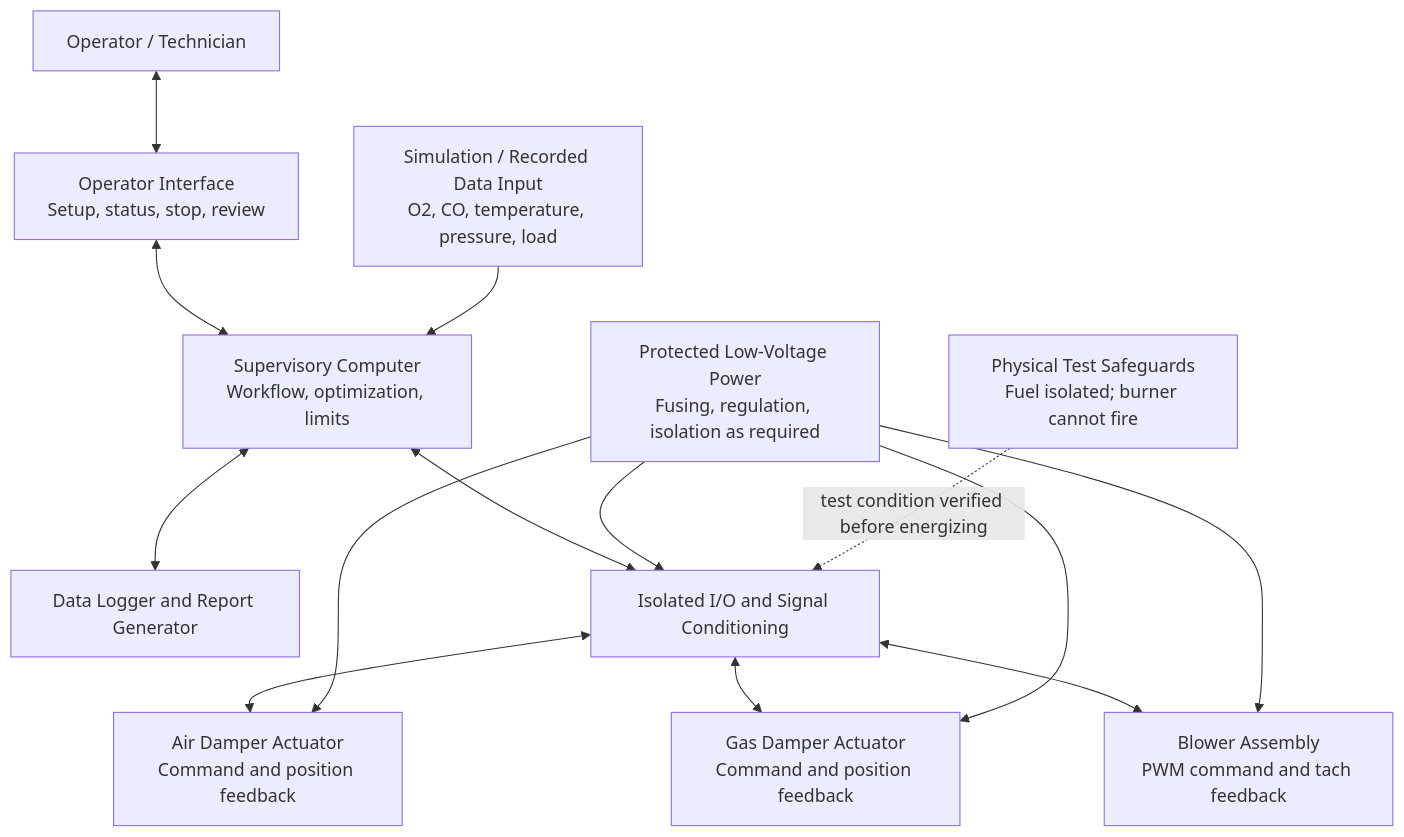
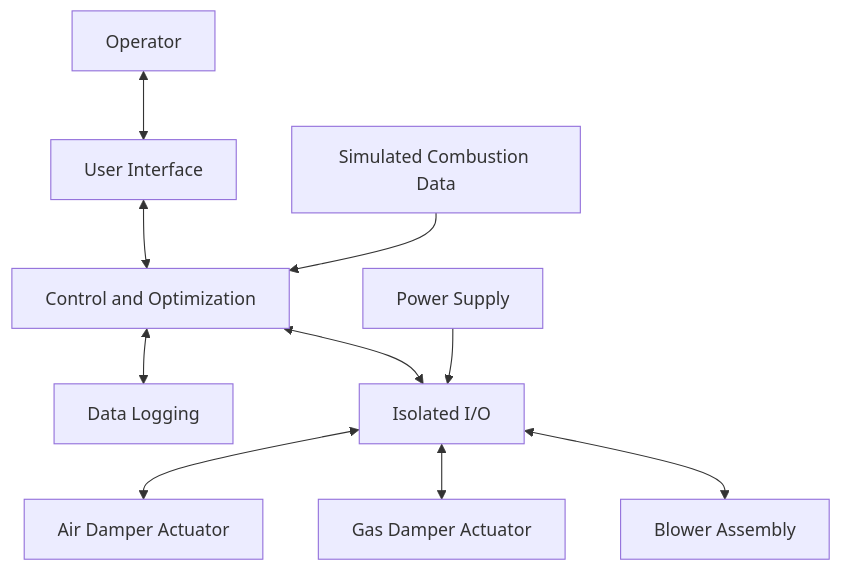
The first of 2 diagrams in Reports/Conceptual Design Specifications.md (TnTech-ECE/F26-Team-10), drawn with Mermaid before and after one commit. The commit also changed other lines of this file, not shown here.

First line of the commit message:
Revise hardware diagrams and subsystem specifications

````diff
--- a/Reports/Conceptual Design Specifications.md
+++ b/Reports/Conceptual Design Specifications.md
@@ -115,28 +115,14 @@
-``` mermaid
+```mermaid
 flowchart TB
-    OP[Operator / Technician]
-    UI[Operator Interface<br/>Setup, status, stop, review]
-    PC[Supervisory Computer<br/>Workflow, optimization, limits]
-    LOG[Data Logger and Report Generator]
-    SIM[Simulation / Recorded Data Input<br/>O2, CO, temperature, pressure, load]
-    IF[Isolated I/O and Signal Conditioning]
-    AIR[Air Damper Actuator<br/>Command and position feedback]
-    GAS[Gas Damper Actuator<br/>Command and position feedback]
-    BLOW[Blower Assembly<br/>PWM command and tach feedback]
-    PWR[Protected Low-Voltage Power<br/>Fusing, regulation, isolation as required]
-    SAFE[Physical Test Safeguards<br/>Fuel isolated; burner cannot fire]
+    OP[Operator] <--> UI[User Interface]
+    UI <--> PC[Control and Optimization]
+    PC <--> LOG[Data Logging]
+    SIM[Simulated Combustion Data] --> PC
 
-    OP <--> UI
-    UI <--> PC
-    PC <--> LOG
-    SIM --> PC
-    PC <--> IF
-    IF <--> AIR
-    IF <--> GAS
-    IF <--> BLOW
-    PWR --> IF
-    PWR --> AIR
-    PWR --> GAS
-    PWR --> BLOW
-    SAFE -. "test condition verified before energizing" .-> IF
+    PC <--> IO[Isolated I/O]
+    IO <--> AIR[Air Damper Actuator]
+    IO <--> GAS[Gas Damper Actuator]
+    IO <--> BLOW[Blower Assembly]
+
+    PWR[Power Supply] --> IO
 ```
````
